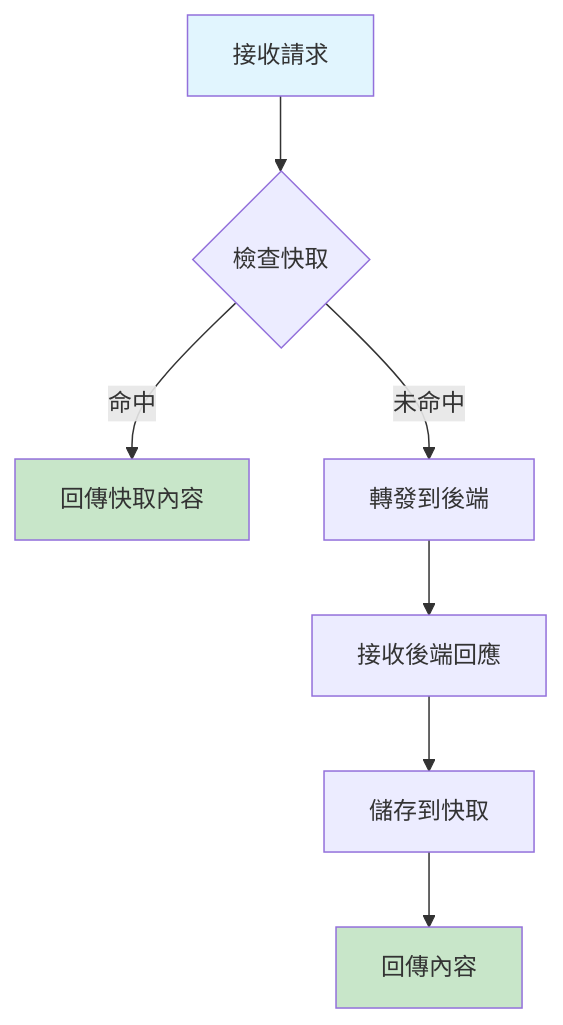
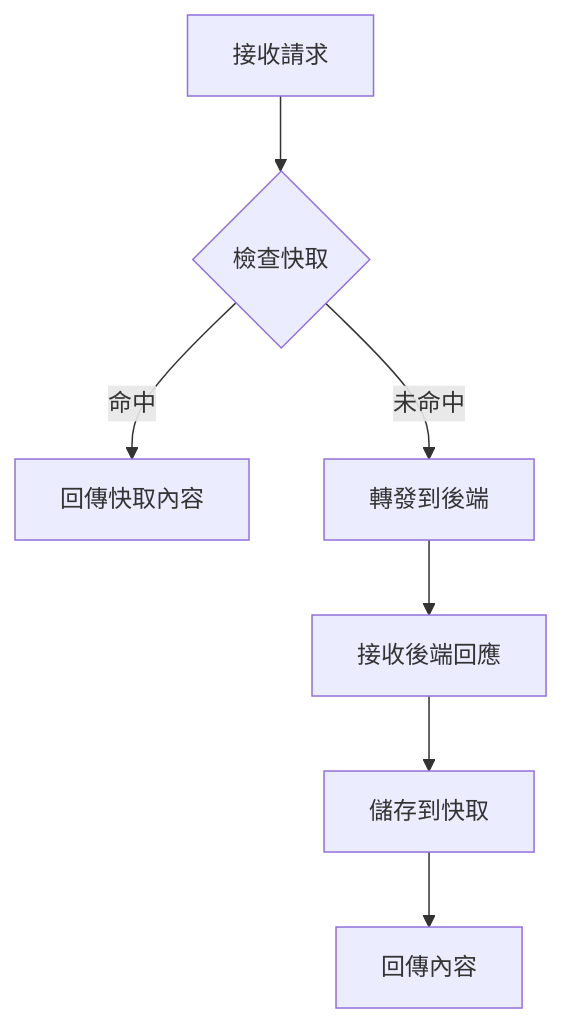
Before and after one commit to 1PingSun/Custom-Cache-Server-for-WCD: the diagram in README.md, drawn with Mermaid.

````diff
--- a/README.md
+++ b/README.md
@@ -7,15 +7,11 @@
 ```mermaid
 flowchart TD
     A[接收請求] --> B{檢查快取}
     
     B -->|命中| C[回傳快取內容]
     B -->|未命中| D[轉發到後端]
     
     D --> E[接收後端回應]
     E --> F[儲存到快取]
     F --> G[回傳內容]
-    
-    style A fill:#e1f5fe
-    style C fill:#c8e6c9
-    style G fill:#c8e6c9
 ```
````
